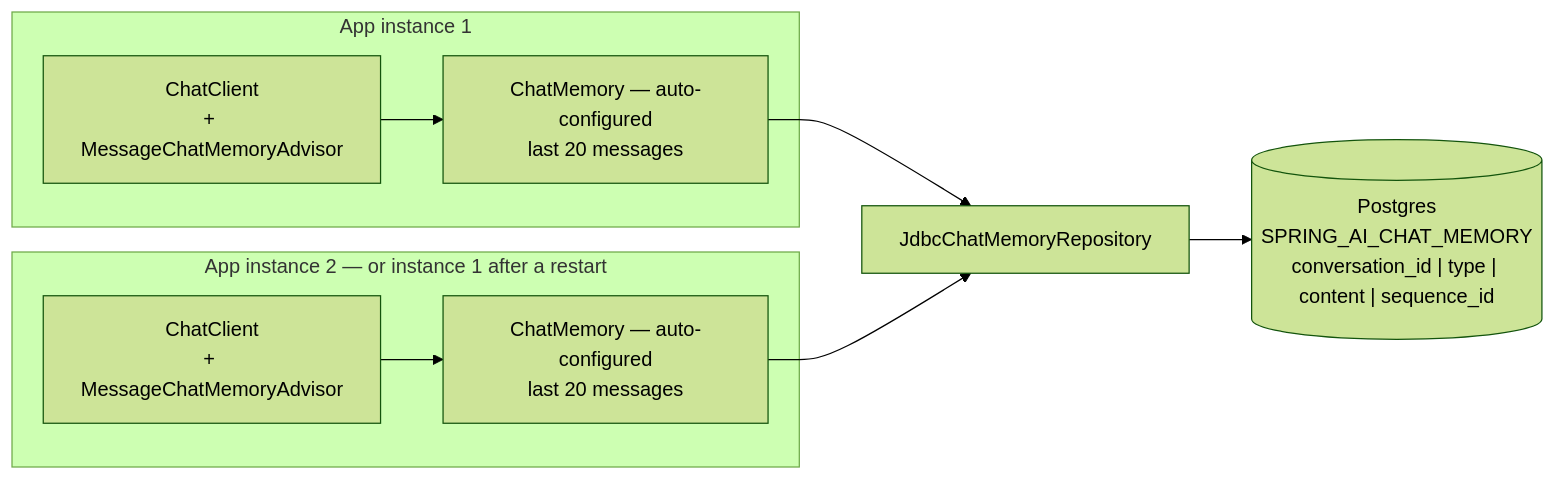
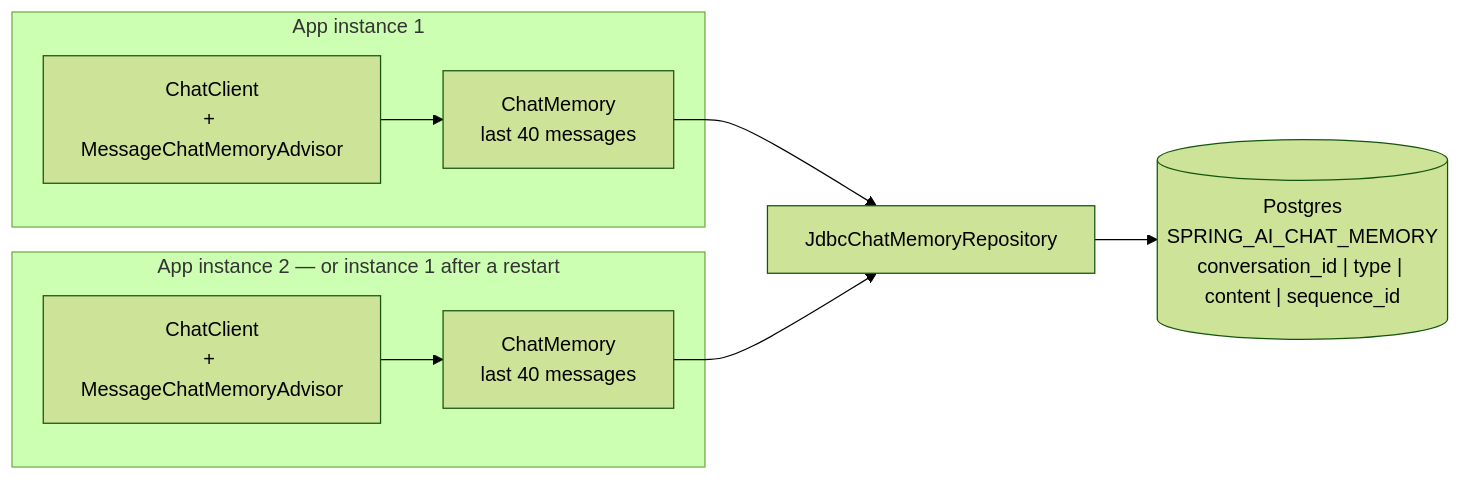
The fifth of 10 diagrams in chat-memory/README.md (dilipsundarraj1/spring-ai), drawn with Mermaid (forest theme) before and after one commit. The commit also changed other lines of this file, not shown here.

Commit message:
enhance README; add sections on advisor flow and eviction logic, update message window size to 40 messages for improved clarity

````diff
--- a/chat-memory/README.md
+++ b/chat-memory/README.md
@@ -559,13 +563,13 @@
 ```mermaid
 flowchart LR
     subgraph I1["App instance 1"]
-        A1["ChatClient<br/>+ MessageChatMemoryAdvisor"] --> M1["ChatMemory — auto-configured<br/>last 20 messages"]
+        A1["ChatClient<br/>+ MessageChatMemoryAdvisor"] --> M1["ChatMemory<br/>last 40 messages"]
     end
     subgraph I2["App instance 2 — or instance 1 after a restart"]
-        A2["ChatClient<br/>+ MessageChatMemoryAdvisor"] --> M2["ChatMemory — auto-configured<br/>last 20 messages"]
+        A2["ChatClient<br/>+ MessageChatMemoryAdvisor"] --> M2["ChatMemory<br/>last 40 messages"]
     end
 
     M1 --> R["JdbcChatMemoryRepository"]
     M2 --> R
     R --> T[("Postgres<br/>SPRING_AI_CHAT_MEMORY<br/>conversation_id | type | content | sequence_id")]
 ```
````
